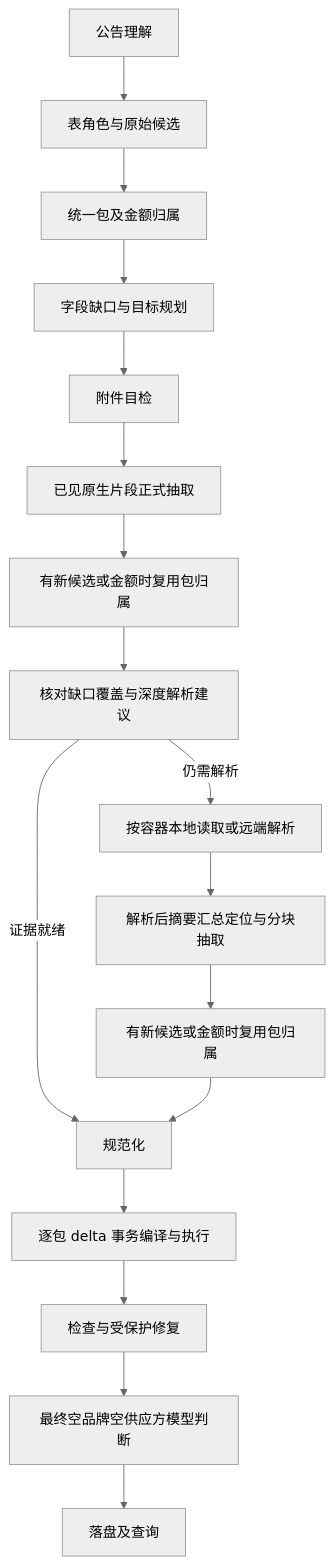
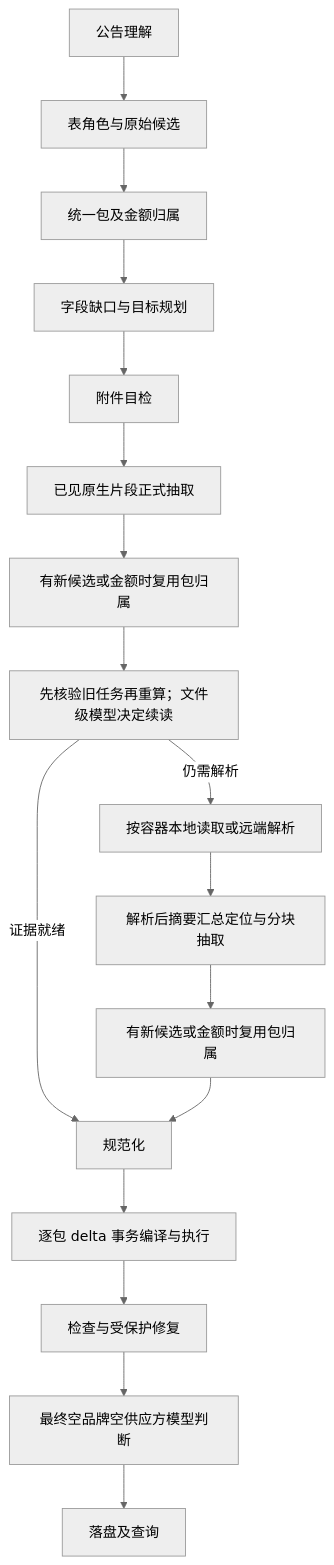
The diagram in eval/主路线实现细则.md (Moon-TsoLan/2026_9_23_ICT), drawn with Mermaid (neutral theme) before and after one commit. The commit also changed other lines of this file and 37 other files, not shown here.

````diff
--- a/eval/主路线实现细则.md
+++ b/eval/主路线实现细则.md
@@ -10,19 +10,19 @@
 ```mermaid
 flowchart TD
   H[公告理解] --> T[表角色与原始候选]
   T --> B[统一包及金额归属]
   B --> N[字段缺口与目标规划]
   N --> S[附件目检]
   S --> R[已见原生片段正式抽取]
   R --> B2[有新候选或金额时复用包归属]
-  B2 --> C[核对缺口覆盖与深度解析建议]
+  B2 --> C[先核验旧任务再重算；文件级模型决定续读]
   C -->|仍需解析| P[按容器本地读取或远端解析]
   P --> V[解析后摘要汇总定位与分块抽取]
   C -->|证据就绪| M[规范化]
   V --> B3[有新候选或金额时复用包归属]
   B3 --> M
   M --> D[逐包 delta 事务编译与执行]
   D --> K[检查与受保护修复]
   K --> I[最终空品牌空供应方模型判断]
   I --> O[落盘及查询]
 ```
````
